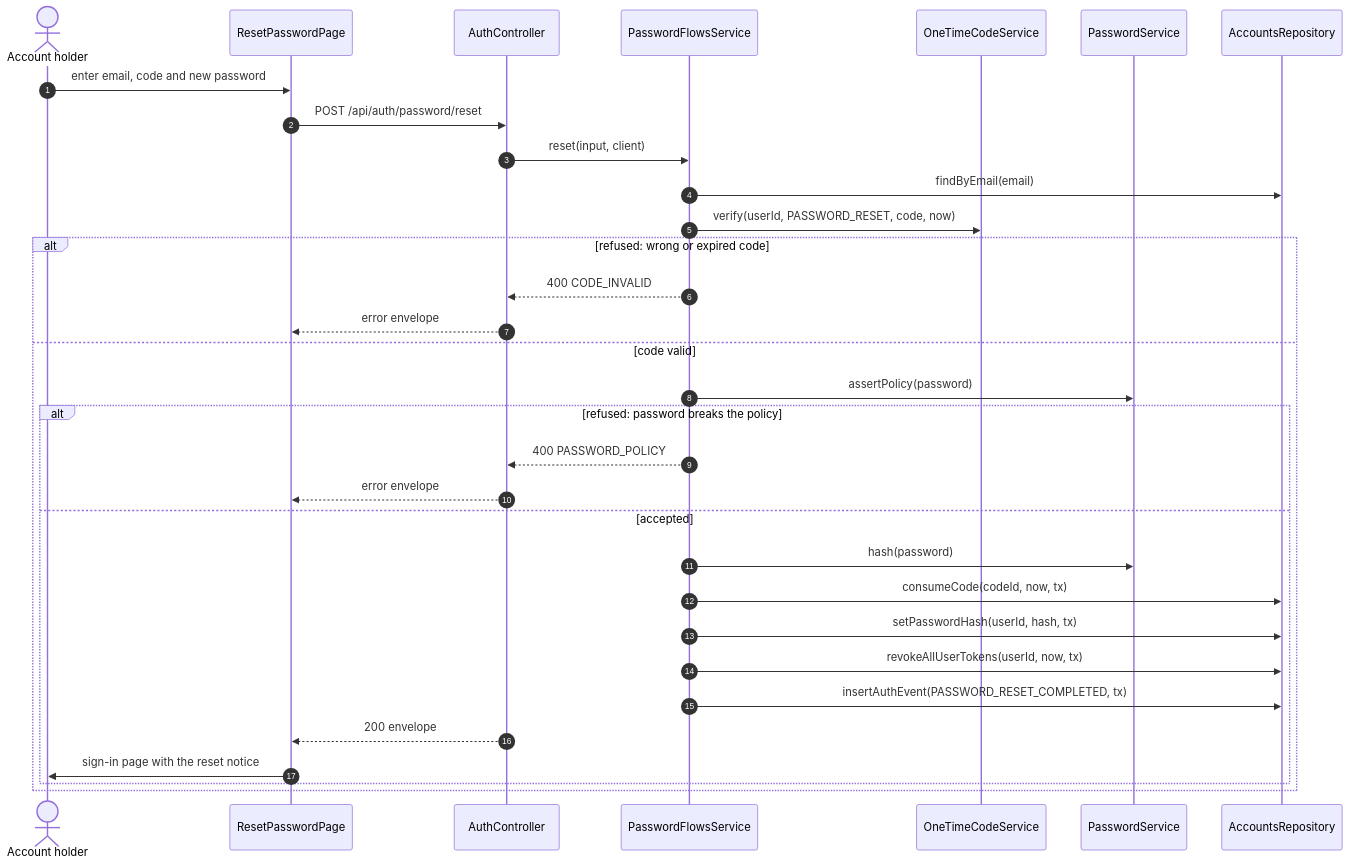
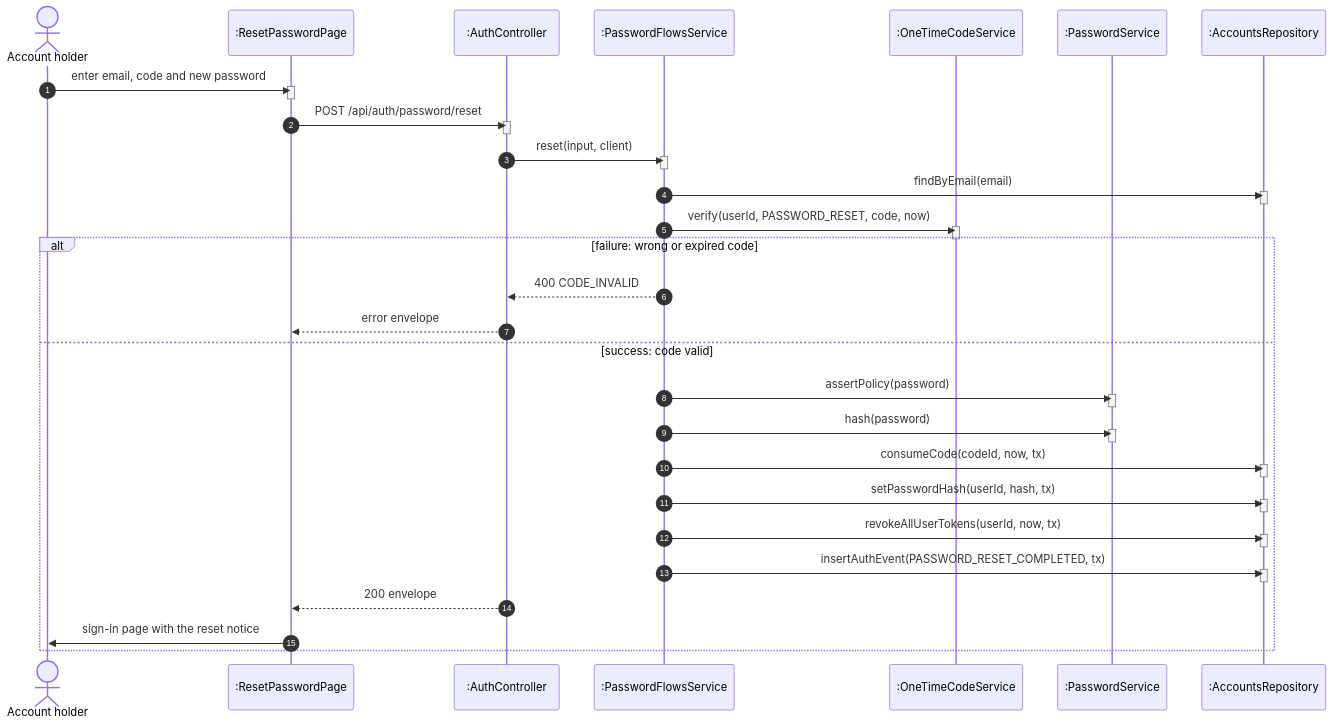
The tenth of 12 diagrams in specs/auth/design.md (TrekLink-Team/treklink-web), drawn with Mermaid before and after one commit. The commit also changed other lines of this file and 2 other files, not shown here.

First line of the commit message:
docs: one alt per sequence, code-true guards and per-use-case class panels (review of #113)

````diff
--- a/specs/auth/design.md
+++ b/specs/auth/design.md
@@ -367,34 +482,51 @@
 ```mermaid
 sequenceDiagram
     autonumber
     actor U as Account holder
-    participant P as ResetPasswordPage
-    participant C as AuthController
-    participant F as PasswordFlowsService
-    participant O as OneTimeCodeService
-    participant Pw as PasswordService
-    participant R as AccountsRepository
+    participant P as :ResetPasswordPage
+    participant C as :AuthController
+    participant F as :PasswordFlowsService
+    participant O as :OneTimeCodeService
+    participant Pw as :PasswordService
+    participant R as :AccountsRepository
     U->>P: enter email, code and new password
+    activate P
+    deactivate P
     P->>C: POST /api/auth/password/reset
+    activate C
+    deactivate C
     C->>F: reset(input, client)
+    activate F
+    deactivate F
     F->>R: findByEmail(email)
+    activate R
+    deactivate R
     F->>O: verify(userId, PASSWORD_RESET, code, now)
-    alt refused: wrong or expired code
+    activate O
+    deactivate O
+    alt failure: wrong or expired code
         F-->>C: 400 CODE_INVALID
         C-->>P: error envelope
-    else code valid
+    else success: code valid
         F->>Pw: assertPolicy(password)
-        alt refused: password breaks the policy
-            F-->>C: 400 PASSWORD_POLICY
-            C-->>P: error envelope
-        else accepted
+        activate Pw
+        deactivate Pw
         F->>Pw: hash(password)
+        activate Pw
+        deactivate Pw
         F->>R: consumeCode(codeId, now, tx)
+        activate R
+        deactivate R
         F->>R: setPasswordHash(userId, hash, tx)
+        activate R
+        deactivate R
         F->>R: revokeAllUserTokens(userId, now, tx)
+        activate R
+        deactivate R
         F->>R: insertAuthEvent(PASSWORD_RESET_COMPLETED, tx)
+        activate R
+        deactivate R
         C-->>P: 200 envelope
         P->>U: sign-in page with the reset notice
-        end
     end
 ```
````
